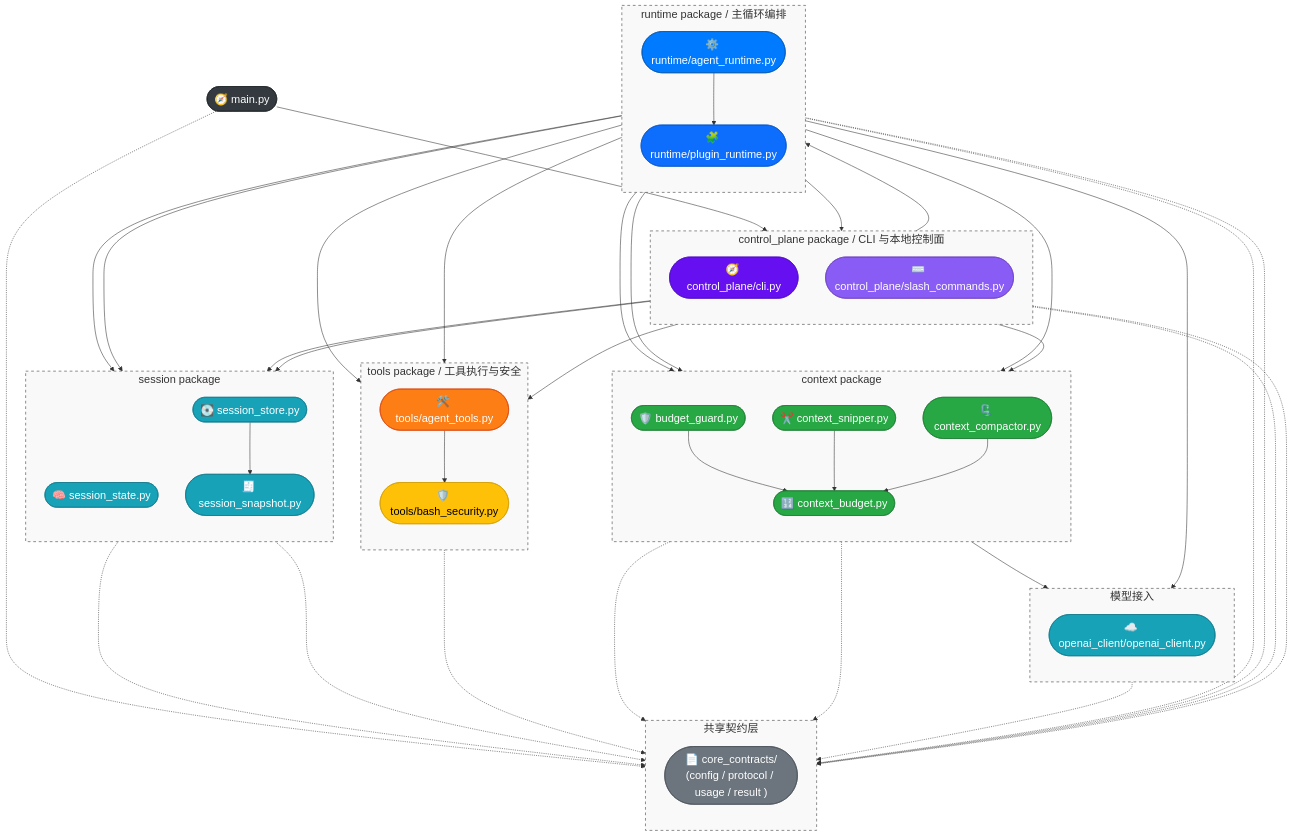
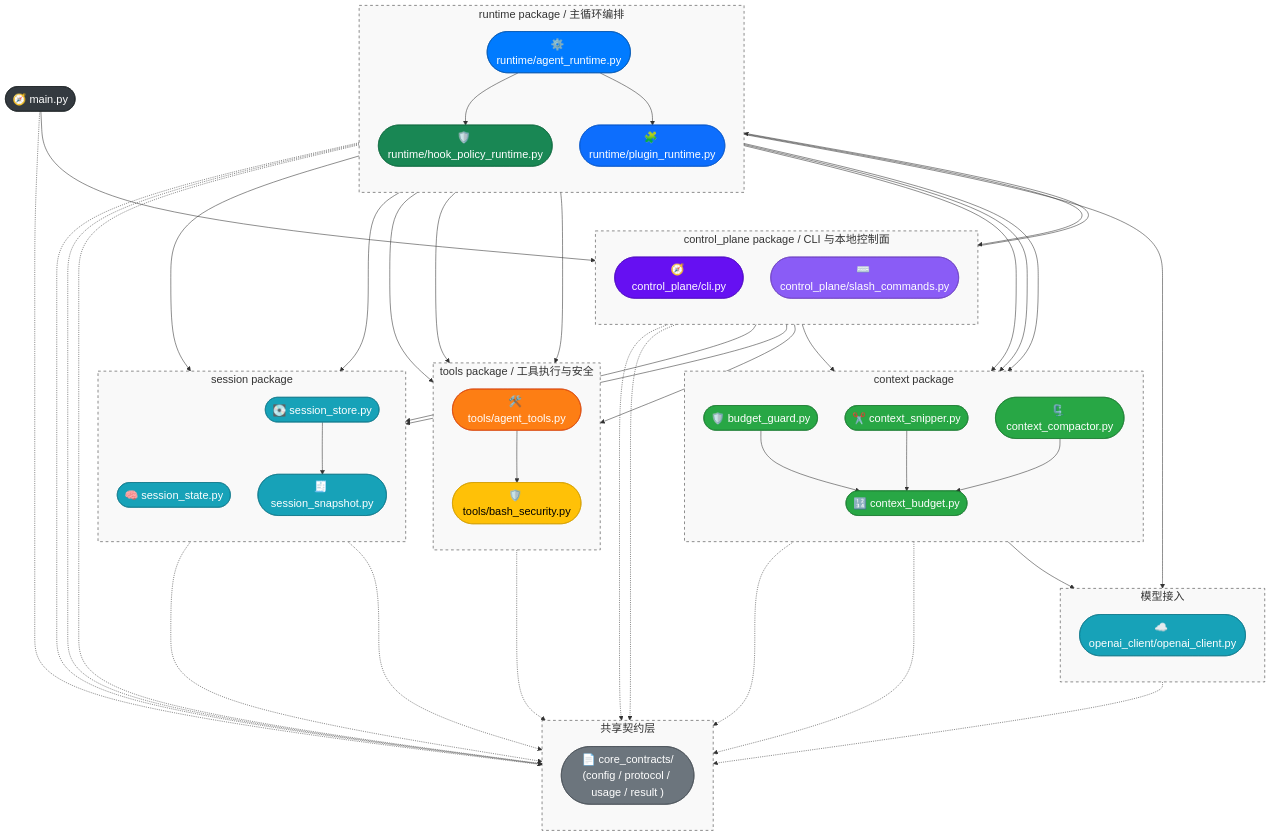
The diagram in docs/Architecture.md (WenXingming/ClawCodeAgent), drawn with Mermaid before and after one commit. The commit also changed other lines of this file and 8 other files, not shown here.

Commit message:
Feat: implement hook policy runtime and policy overlays (refs #015)

```diff
--- a/docs/Architecture.md
+++ b/docs/Architecture.md
@@ -43,6 +43,7 @@
     %% ================= Runtime =================
     subgraph Runtime [runtime package / 主循环编排]
         direction TB
+        n_hook_policy_runtime(["🛡️ runtime/hook_policy_runtime.py"])
         n_plugin_runtime(["🧩 runtime/plugin_runtime.py"])
         n_runtime(["⚙️ runtime/agent_runtime.py"])
         style Runtime fill:#f9f9f9,stroke:#333,stroke-dasharray: 5 5
@@ -95,6 +96,7 @@
     n_cli --> n_runtime
     n_cli --> n_session_store
     n_runtime --> n_slash
+    n_runtime --> n_hook_policy_runtime
     n_runtime --> n_plugin_runtime
     n_runtime --> n_openai_client
     n_runtime --> n_tools
@@ -110,6 +112,7 @@
     n_slash --> n_token_budget
 
     %% ================= 工具 =================
+    n_hook_policy_runtime --> n_tools
     n_plugin_runtime --> n_tools
     n_tools --> n_bash_security
 
@@ -128,6 +131,7 @@
     main -.-> n_core_contracts
     n_cli -.-> n_core_contracts
     n_runtime -.-> n_core_contracts
+    n_hook_policy_runtime -.-> n_core_contracts
     n_plugin_runtime -.-> n_core_contracts
     n_slash -.-> n_core_contracts
     n_tools -.-> n_core_contracts
@@ -141,6 +145,7 @@
     style main fill:#343a40,color:#fff,stroke:#1d2124
     style n_cli fill:#6610f2,color:#fff,stroke:#520dc2
     style n_runtime fill:#007bff,color:#fff,stroke:#0056b3
+    style n_hook_policy_runtime fill:#198754,color:#fff,stroke:#146c43
     style n_plugin_runtime fill:#0d6efd,color:#fff,stroke:#0a58ca
     style n_slash fill:#8a5cf6,color:#fff,stroke:#6f42c1
     style n_core_contracts fill:#6c757d,color:#fff,stroke:#495057
```
